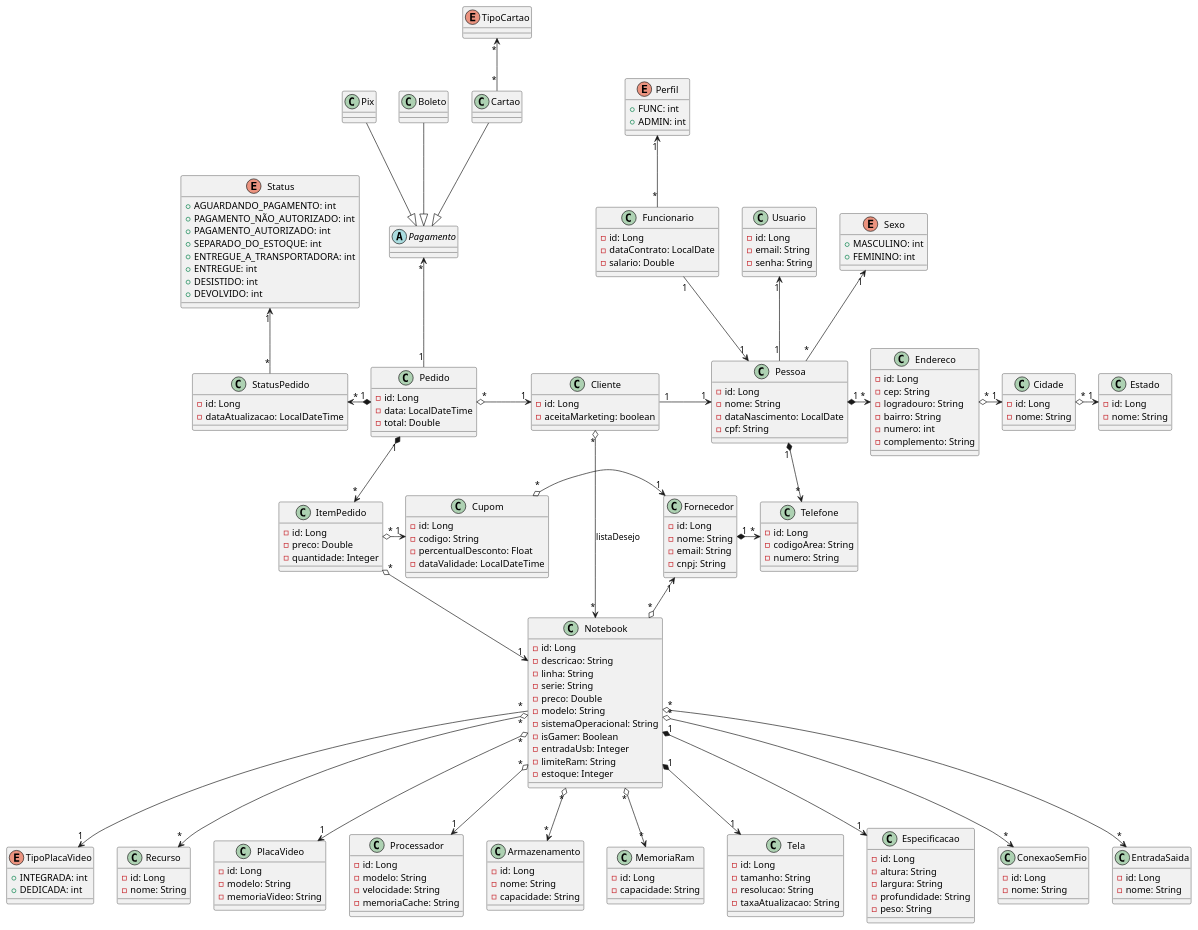
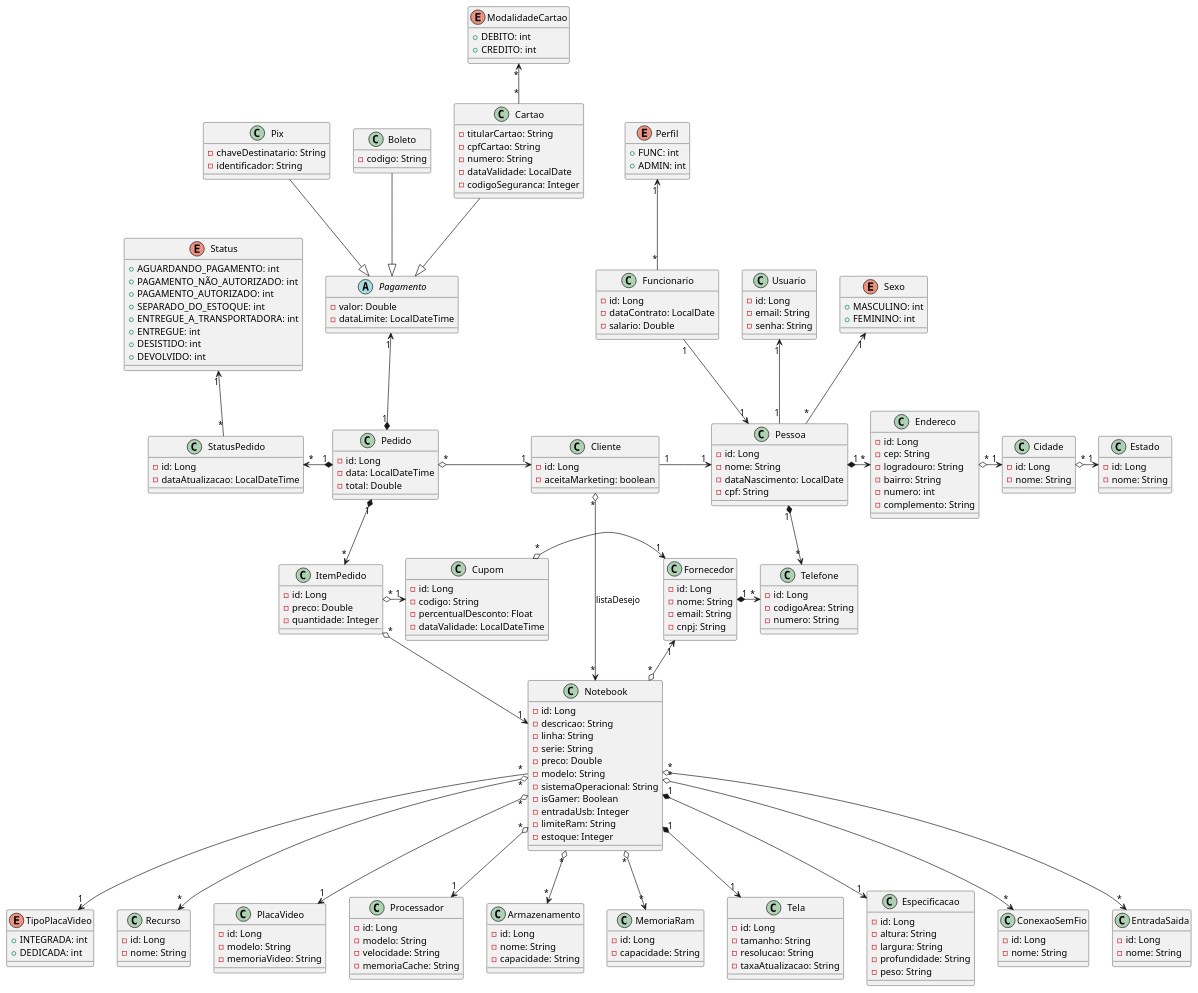
One commit to MatheusPontieri/E-commerce_Notebooks changed the diagram in src/main/resources/docs/uml_v2.plantuml. Above: the diagram before and after it, drawn with PlantUML. The commit also changed 5 other files, not shown here.

First line of the commit message:
Pagamento e Uml

```diff
--- a/src/main/resources/docs/uml_v2.plantuml
+++ b/src/main/resources/docs/uml_v2.plantuml
@@ -36,23 +36,30 @@
 }
 
 abstract Pagamento {
-
+    - valor: Double
+    - dataLimite: LocalDateTime
 }
 
 class Pix {
-
+    - chaveDestinatario: String
+    - identificador: String
 }
 
 class Boleto {
-
+    - codigo: String
 }
 
 class Cartao {
-
+    - titularCartao: String
+    - cpfCartao: String
+    - numero: String
+    - dataValidade: LocalDate
+    - codigoSeguranca: Integer
 }
 
-enum TipoCartao {
-
+enum ModalidadeCartao {
+    + DEBITO: int
+    + CREDITO: int
 }
 
 class Pessoa {
@@ -206,11 +213,11 @@
 ItemPedido "*" o-right-> "1" Cupom
 Cupom "*" o-right-> "1" Fornecedor
 
-Pedido "1" -up-> "*" Pagamento
+Pedido "1" *-up-> "1" Pagamento
 Pix --|> Pagamento
 Cartao --|> Pagamento
 Boleto --|> Pagamento
-Cartao "*" -up-> "*" TipoCartao
+Cartao "*" -up-> "*" ModalidadeCartao
 
 Pessoa "1" *-right-> "*" Endereco
 Pessoa "*" -up-> "1" Sexo
```
